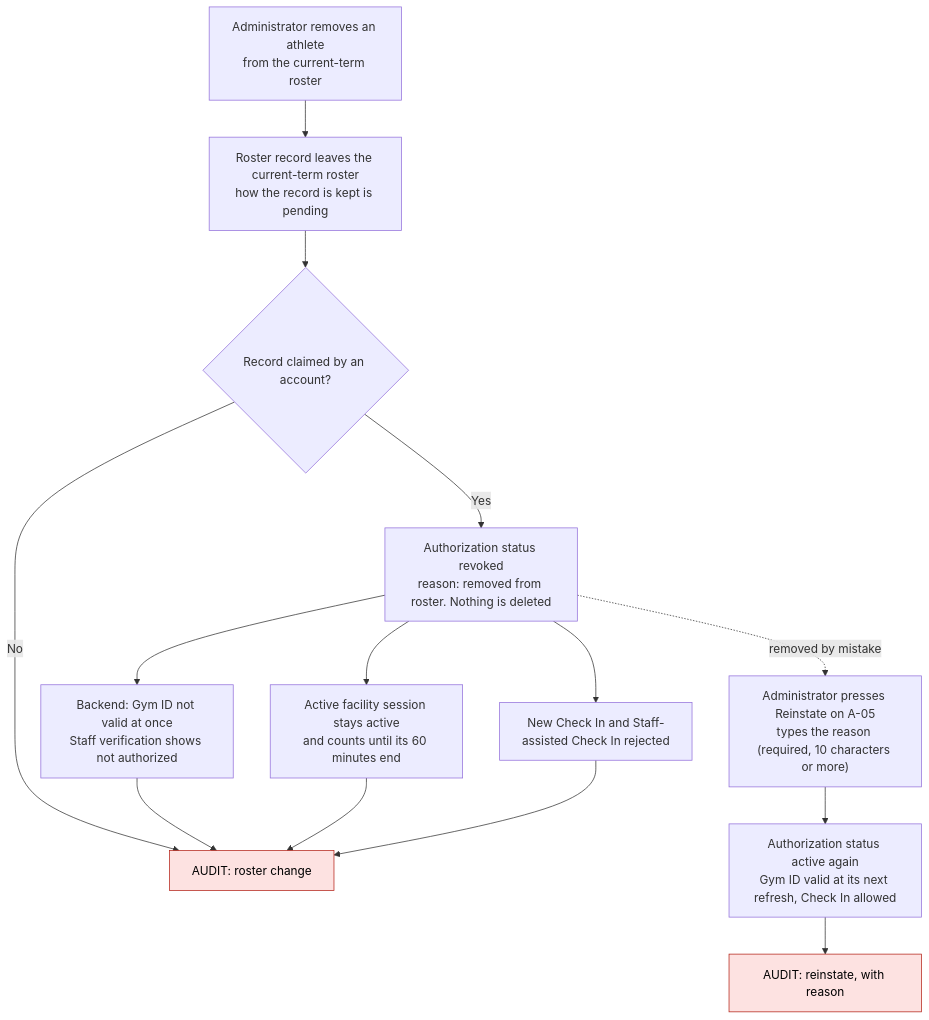
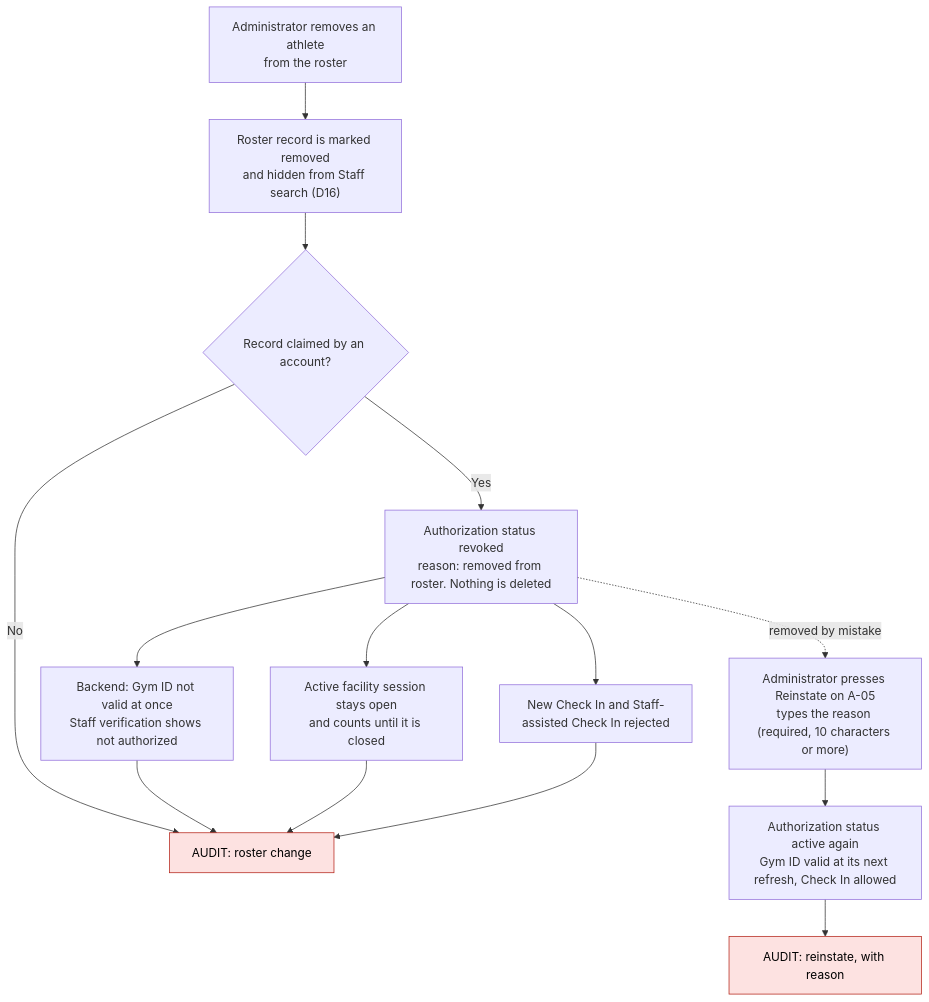
One commit to Th3-Minorities/natatorio-gym-app changed the ninth of 17 diagrams in docs/design/admin-flows.md. Above: the diagram before and after it, drawn with Mermaid. The commit also changed other lines of this file and 13 other files, not shown here.

Commit message:
Record the Athletic Activities meeting decisions (E-114 to E-139) on main so the team plans from current docs before #13 merges

````diff
--- a/docs/design/admin-flows.md
+++ b/docs/design/admin-flows.md
@@ -337,19 +263,19 @@
 ```mermaid
 flowchart TD
-  R0["Administrator removes an athlete<br/>from the current-term roster"] --> R1["Roster record leaves the current-term roster<br/>how the record is kept is pending"]
+  R0["Administrator removes an athlete<br/>from the roster"] --> R1["Roster record is marked removed<br/>and hidden from Staff search (D16)"]
   R1 --> R2{"Record claimed by an account?"}
   R2 -->|"No"| R8["AUDIT: roster change"]
   R2 -->|"Yes"| R3["Authorization status revoked<br/>reason: removed from roster. Nothing is deleted"]
   R3 --> R4["Backend: Gym ID not valid at once<br/>Staff verification shows not authorized"]
-  R3 --> R5["Active facility session stays active<br/>and counts until its 60 minutes end"]
+  R3 --> R5["Active facility session stays open<br/>and counts until it is closed"]
   R3 --> R6["New Check In and Staff-assisted Check In rejected"]
   R4 --> R8
   R5 --> R8
   R6 --> R8
   R3 -.->|"removed by mistake"| R9
   R9["Administrator presses Reinstate on A-05<br/>types the reason (required, 10 characters or more)"] --> R10["Authorization status active again<br/>Gym ID valid at its next refresh, Check In allowed"]
   R10 --> R11["AUDIT: reinstate, with reason"]
 
   classDef audit fill:#fde2e1,stroke:#b42318,color:#000
   class R8,R11 audit
 ```
````
